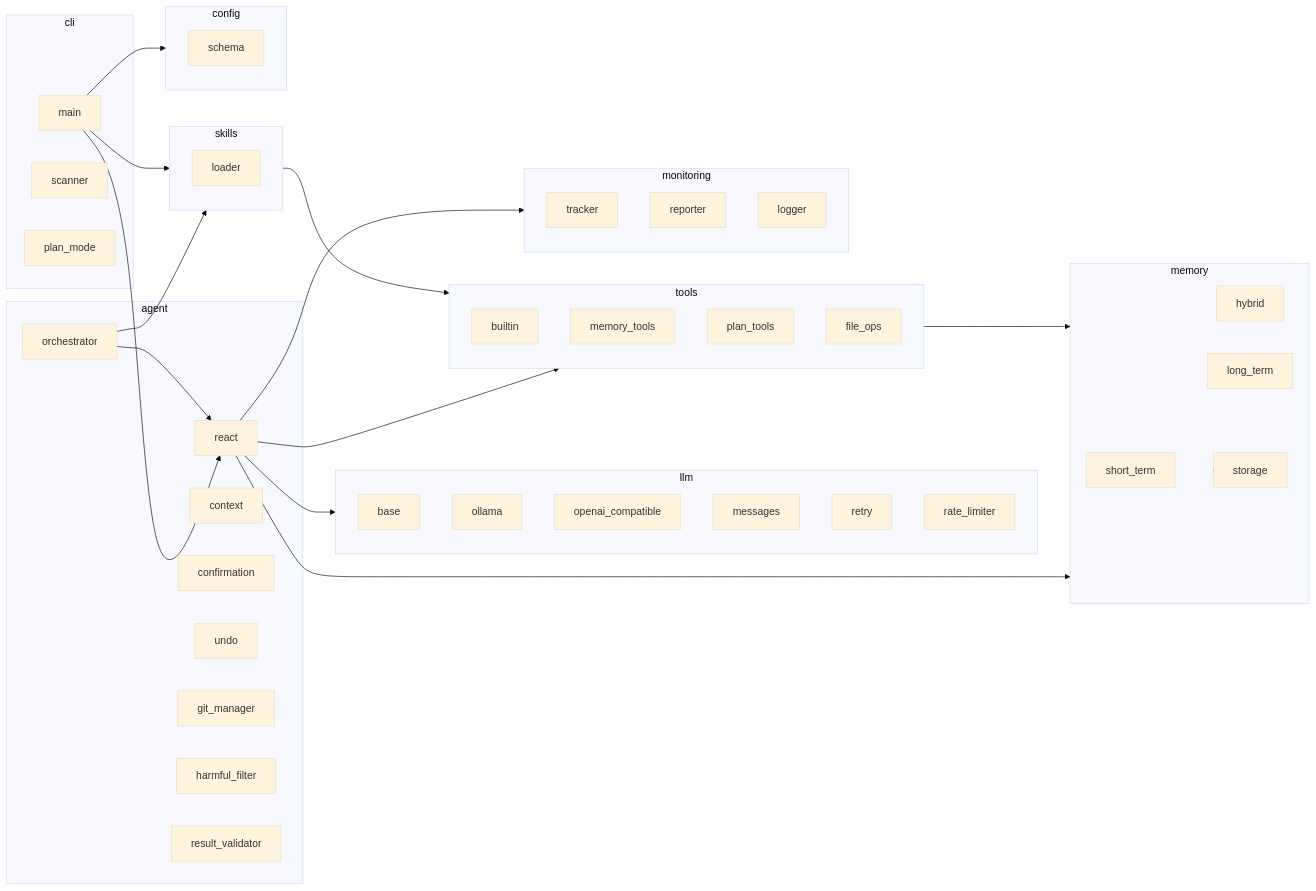
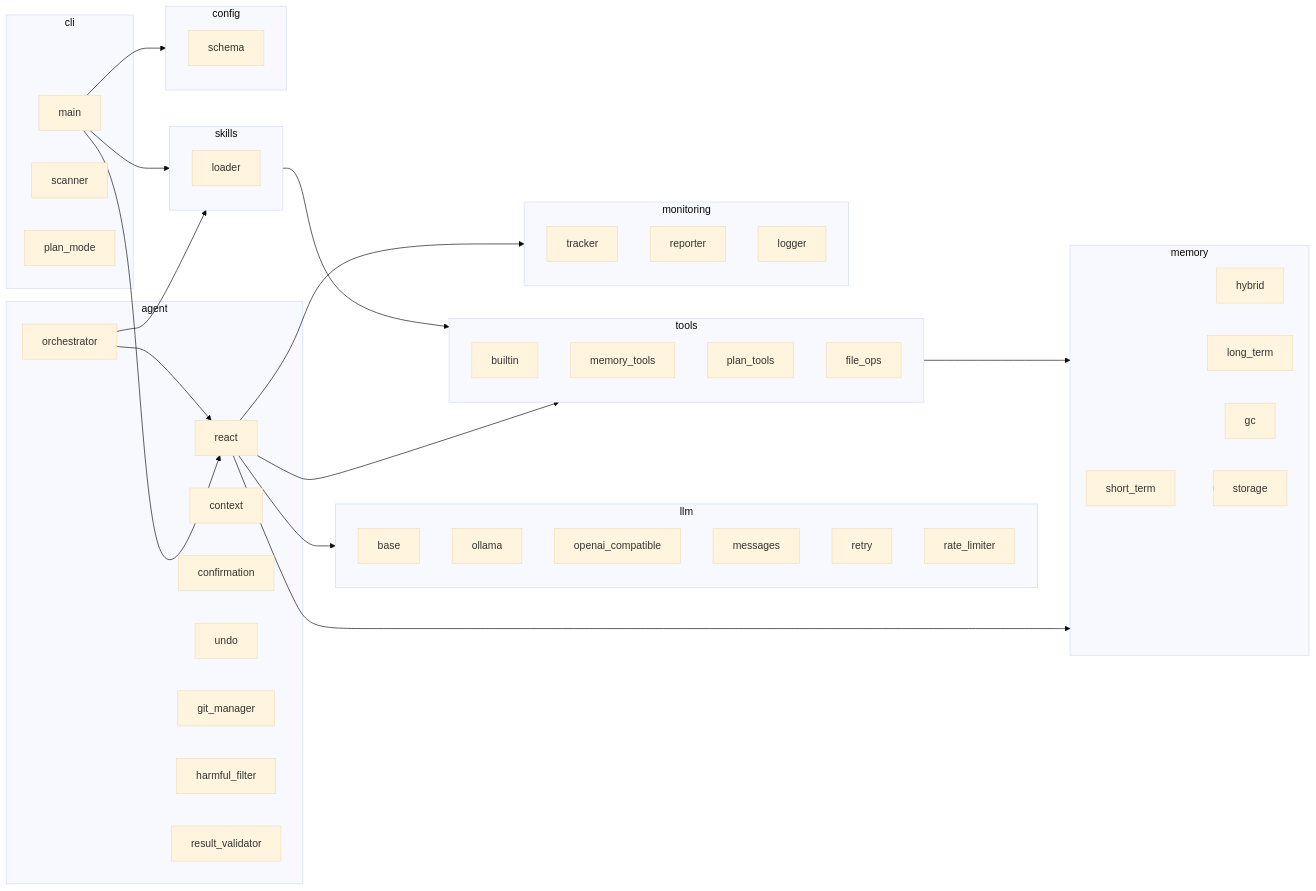
The fourth of 4 diagrams in docs/architecture.md (Tobytywang/NanoAgent), drawn with Mermaid (base theme) before and after one commit. The commit also changed other lines of this file and 16 other files, not shown here.

````diff
--- a/docs/architecture.md
+++ b/docs/architecture.md
@@ -307,77 +314,78 @@
 ```mermaid
 graph LR
     subgraph cli[cli]
         main
         scanner
         plan_mode
     end
 
     subgraph agent[agent]
         react
         orchestrator
         context
         confirmation
         undo
         git_manager
         harmful_filter
         result_validator
     end
 
     subgraph llm[llm]
         base
         ollama
         openai_compatible
         messages
         retry
         rate_limiter
     end
 
     subgraph memory[memory]
         short_term
         hybrid
         long_term
+        gc
         storage
     end
 
     subgraph tools[tools]
         base
         builtin
         memory_tools
         plan_tools
         file_ops
     end
 
     subgraph skills[skills]
         base
         loader
     end
 
     subgraph config[config]
         schema
         loader
     end
 
     subgraph monitoring[monitoring]
         tracker
         reporter
         logger
     end
 
     main --> react
     main --> config
     main --> skills
 
     react --> llm
     react --> memory
     react --> tools
     react --> monitoring
 
     orchestrator --> react
     orchestrator --> skills
 
     memory --> storage
 
     tools --> memory
 
     skills --> tools
 ```
````
